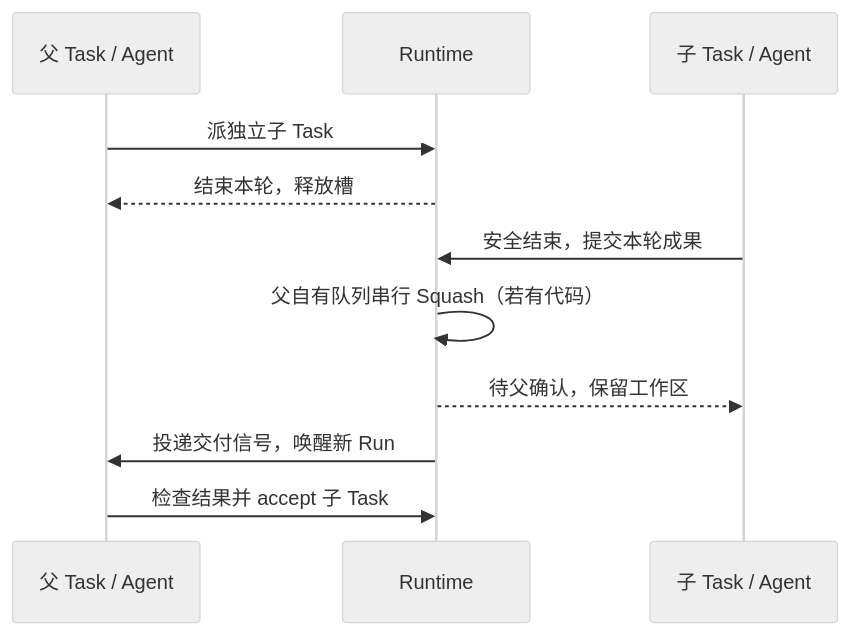
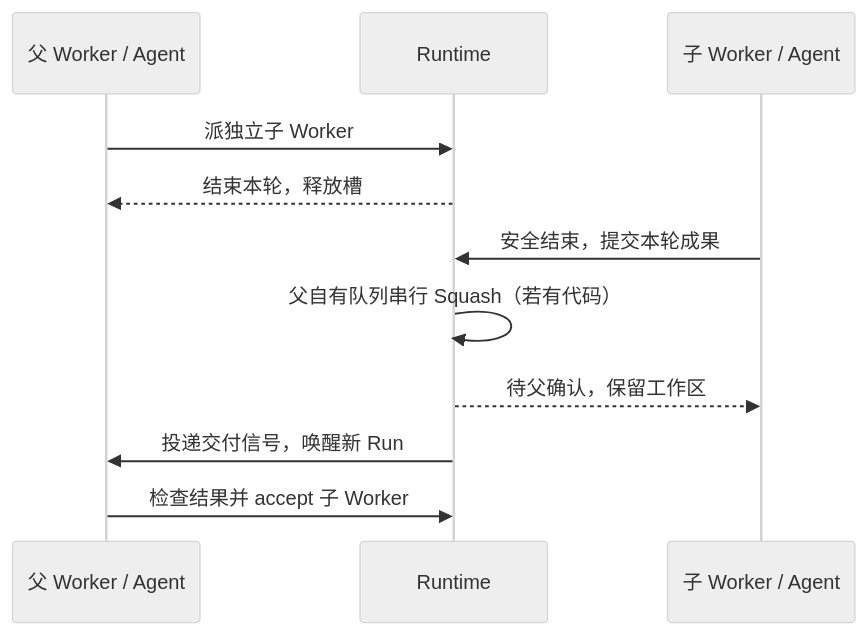
Before and after one commit to Loyage/lush: the diagram in docs/engineering/execution-model.md, drawn with Mermaid (neutral theme). The commit also changed other lines of this file and 275 other files, not shown here.

Commit message:
Merge task #96: 整体更名：任务/Task -> Worker，内涵不变 [delivery 3561, attempt 3564]

````diff
--- a/docs/engineering/execution-model.md
+++ b/docs/engineering/execution-model.md
@@ -11,13 +11,13 @@
 ```mermaid
 sequenceDiagram
-    participant P as 父 Task / Agent
+    participant P as 父 Worker / Agent
     participant R as Runtime
-    participant C as 子 Task / Agent
-    P->>R: 派独立子 Task
+    participant C as 子 Worker / Agent
+    P->>R: 派独立子 Worker
     R-->>P: 结束本轮，释放槽
     C->>R: 安全结束，提交本轮成果
     R->>R: 父自有队列串行 Squash（若有代码）
     R-->>C: 待父确认，保留工作区
     R->>P: 投递交付信号，唤醒新 Run
-    P->>R: 检查结果并 accept 子 Task
+    P->>R: 检查结果并 accept 子 Worker
 ```
````
